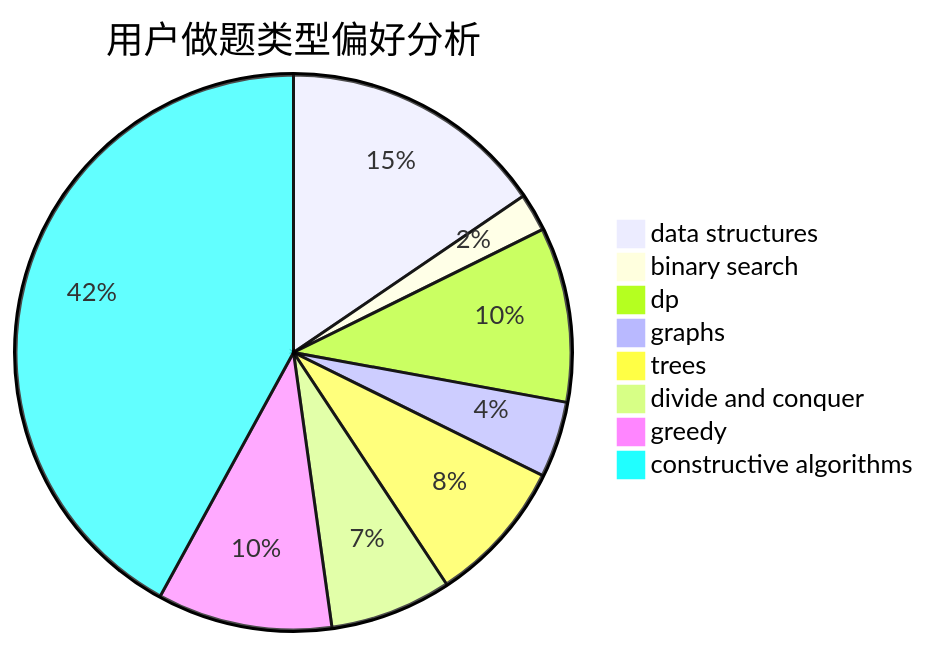
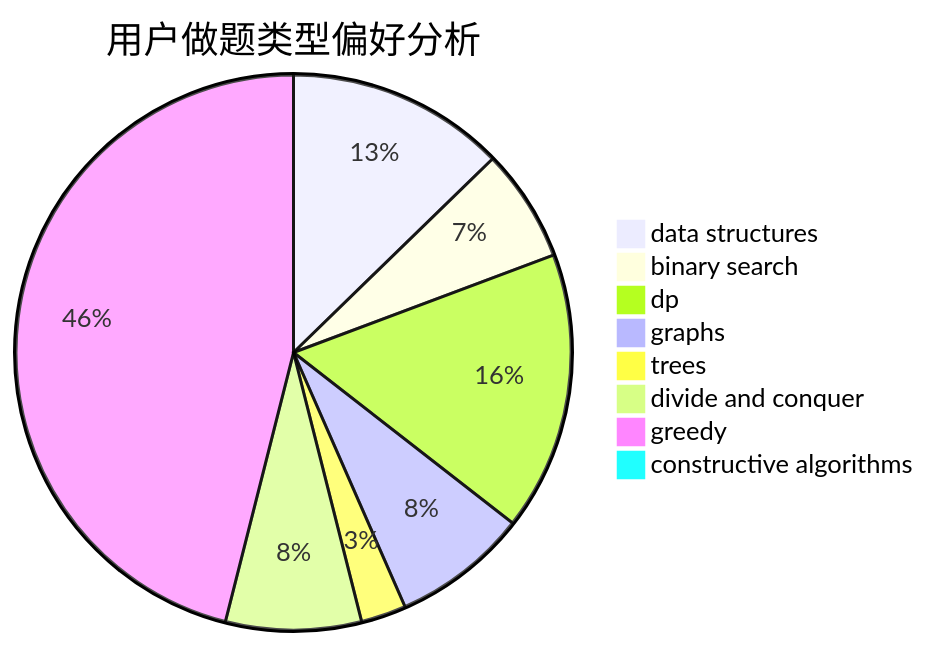
One commit to sherpahu/cfrs.github.io changed the second of 3 diagrams in docs/user/u437.md. Above: the diagram before and after it, drawn with Mermaid. The commit also changed other lines of this file and 2770 other files, not shown here.

````diff
--- a/docs/user/u437.md
+++ b/docs/user/u437.md
@@ -23,11 +23,11 @@
 ```mermaid
 pie title 用户做题类型偏好分析
-    "data structures" :  35
-    "binary search" :  5
-    "dp" :  23
-    "graphs" :  10
-    "trees" :  19
-    "divide and conquer" :  16
-    "greedy" :  23
-    "constructive algorithms" :  95
+    "data structures" :  29
+    "binary search" :  15
+    "dp" :  37
+    "graphs" :  18
+    "trees" :  6
+    "divide and conquer" :  18
+    "greedy" :  105
+    "constructive algorithms" :  0
 ```
````
